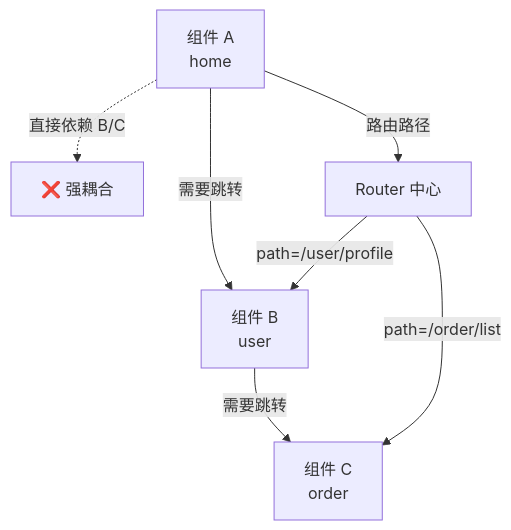
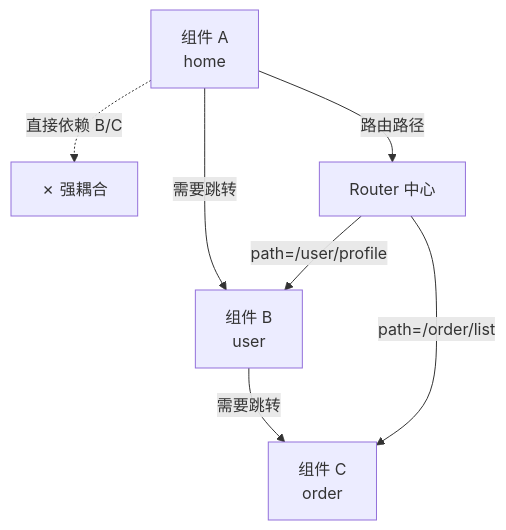
Before and after one commit to galifans/wikiandroid: the first of 4 diagrams in src/advanced/modular/router-design.md, drawn with Mermaid. The commit also changed other lines of this file and 460 other files, not shown here.

````diff
--- a/src/advanced/modular/router-design.md
+++ b/src/advanced/modular/router-design.md
@@ -13,9 +13,9 @@
 ```mermaid
 flowchart TD
     A[组件 A<br>home] -->|需要跳转| B[组件 B<br>user]
     B -->|需要跳转| C[组件 C<br>order]
-    A -.直接依赖 B/C.-> X[❌ 强耦合]
+    A -.直接依赖 B/C.-> X[✗ 强耦合]
     A -->|路由路径| R[Router 中心]
     R -->|path=/user/profile| B
     R -->|path=/order/list| C
 ```
````
